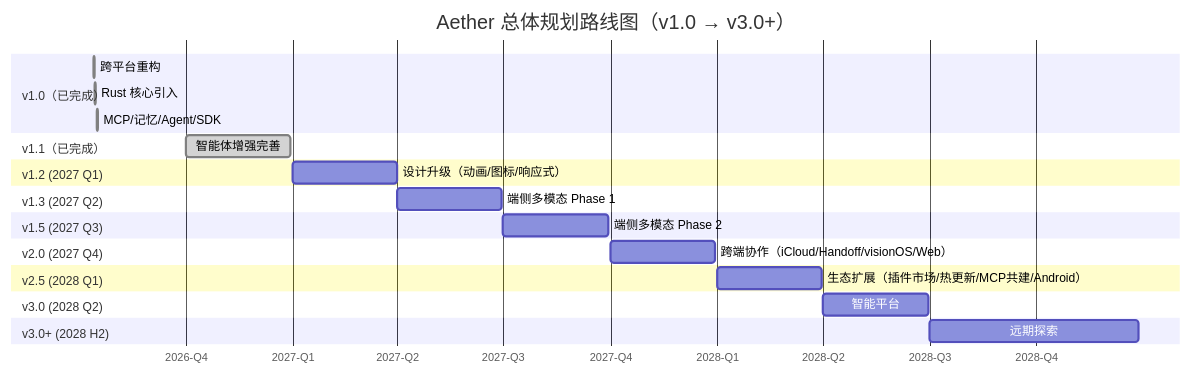
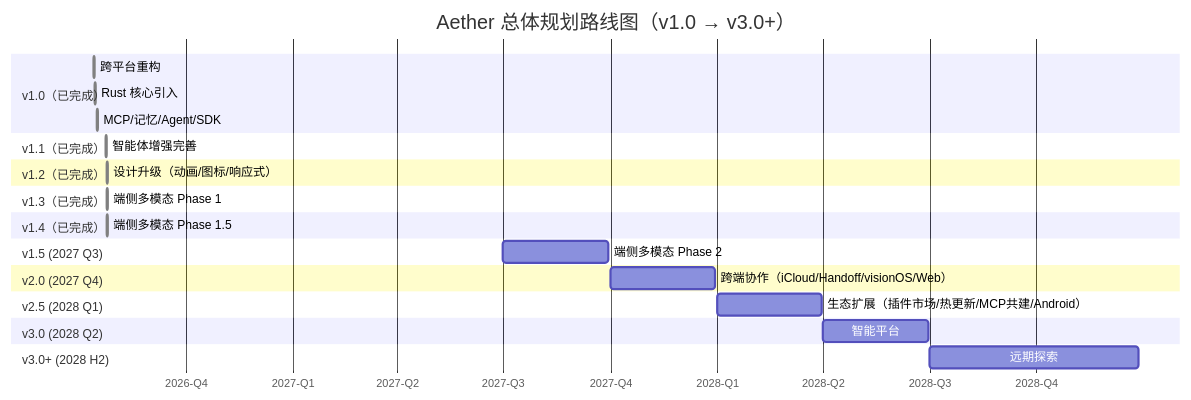
Before and after one commit to luosicx/Aether: the first of 22 diagrams in doc/MASTER_PLAN.md, drawn with Mermaid. The commit also changed other lines of this file and 25 other files, not shown here.

````diff
--- a/doc/MASTER_PLAN.md
+++ b/doc/MASTER_PLAN.md
@@ -110,35 +111,38 @@
 ```mermaid
 gantt
     title Aether 总体规划路线图（v1.0 → v3.0+）
     dateFormat YYYY-MM-DD
     axisFormat %Y-Q%q
 
     section v1.0（已完成）
     跨平台重构              :done, v10a, 2026-07-14, 1d
     Rust 核心引入           :done, v10b, 2026-07-15, 1d
     MCP/记忆/Agent/SDK      :done, v10c, 2026-07-17, 1d
 
     section v1.1（已完成）
-    智能体增强完善           :done, v11, 2026-10-01, 90d
+    智能体增强完善           :done, v11, 2026-07-24, 1d
 
-    section v1.2 (2027 Q1)
-    设计升级（动画/图标/响应式） :v12, 2027-01-01, 90d
+    section v1.2（已完成）
+    设计升级（动画/图标/响应式） :done, v12, 2026-07-25, 1d
 
-    section v1.3 (2027 Q2)
-    端侧多模态 Phase 1       :v13, 2027-04-01, 90d
+    section v1.3（已完成）
+    端侧多模态 Phase 1       :done, v13, 2026-07-25, 1d
+
+    section v1.4（已完成）
+    端侧多模态 Phase 1.5     :done, v14, 2026-07-25, 1d
 
     section v1.5 (2027 Q3)
     端侧多模态 Phase 2       :v15, 2027-07-01, 90d
 
     section v2.0 (2027 Q4)
     跨端协作（iCloud/Handoff/visionOS/Web） :v20, 2027-10-01, 90d
 
     section v2.5 (2028 Q1)
     生态扩展（插件市场/热更新/MCP共建/Android） :v25, 2028-01-01, 90d
 
     section v3.0 (2028 Q2)
     智能平台                :v30, 2028-04-01, 90d
 
     section v3.0+ (2028 H2)
     远期探索                :v3p, 2028-07-01, 180d
 ```
````
